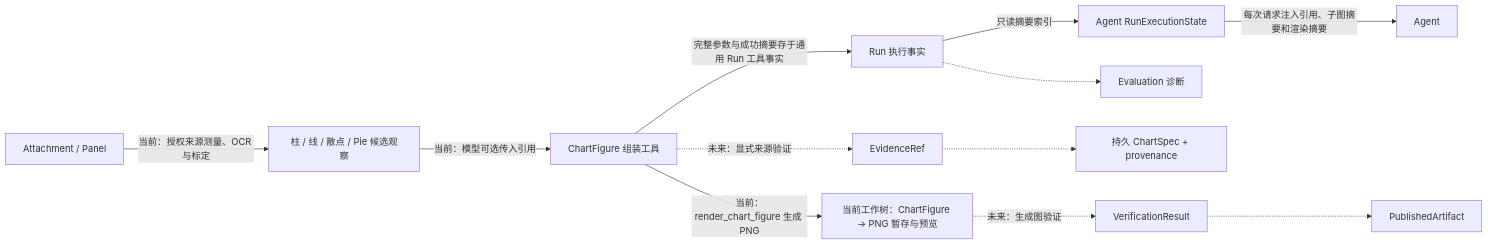
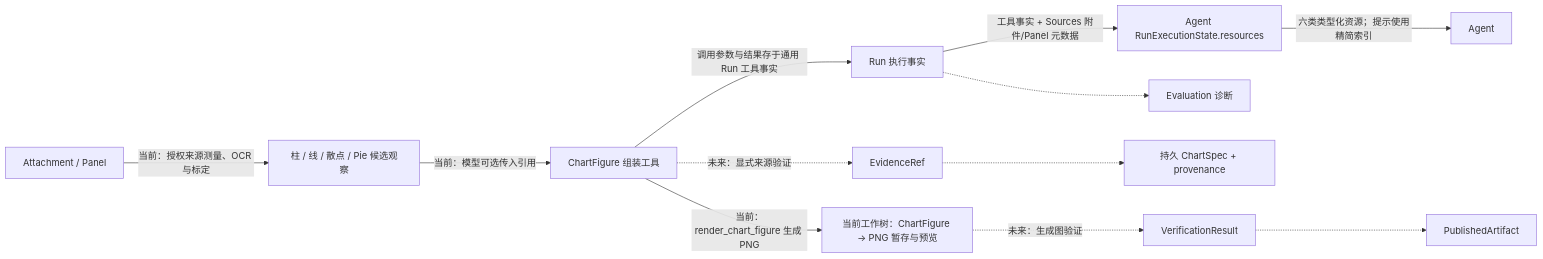
Before and after one commit to YeZibn/Figura: the second of 2 diagrams in docs/figura-implementation-overview.md, drawn with Mermaid. The commit also changed other lines of this file and 42 other files, not shown here.

Commit message:
refactor: 统一 RunExecutionState 为类型化资源目录并重构图像读取逻辑

````diff
--- a/docs/figura-implementation-overview.md
+++ b/docs/figura-implementation-overview.md
@@ -83,14 +81,14 @@
 ```mermaid
 flowchart LR
     Image[Attachment / Panel] -->|当前：授权来源测量、OCR 与标定| Measure[柱 / 线 / 散点 / Pie 候选观察]
     Measure -->|当前：模型可选传入引用| Figure[ChartFigure 组装工具]
-    Figure -->|完整参数与成功摘要存于通用 Run 工具事实| Runtime[Runtime]
-    Runtime -->|只读摘要索引| State[Agent RunExecutionState]
-    State -->|每次请求注入引用、子图摘要和渲染摘要| Agent[Agent]
+    Figure -->|调用参数与结果存于通用 Run 工具事实| Runtime[Runtime]
+    Runtime -->|工具事实 + Sources 附件/Panel 元数据| State[Agent RunExecutionState.resources]
+    State -->|六类类型化资源；提示使用精简索引| Agent[Agent]
     Figure -.->|未来：显式来源验证| Choice[EvidenceRef]
     Choice -.-> Spec[持久 ChartSpec + provenance]
     Figure -->|当前：render_chart_figure 生成 PNG| Render[当前工作树：ChartFigure → PNG 暂存与预览]
     Render -.->|未来：生成图验证| Verify[VerificationResult]
     Verify -.-> Publish[PublishedArtifact]
     Runtime[Run 执行事实] -.-> Eval[Evaluation 诊断]
 ```
````
